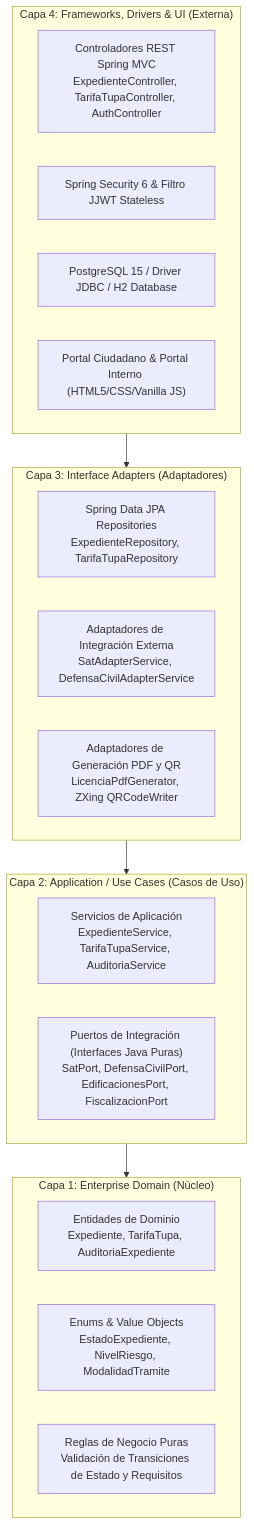
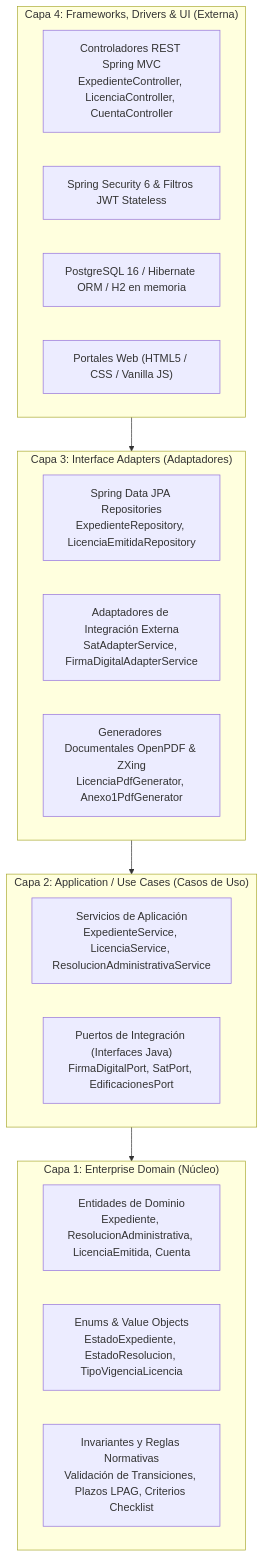
The first of 2 diagrams in docs/arquitectura/enfoque-arquitectonico.md (Issirc20/MuniHuamanga), drawn with Mermaid before and after one commit. The commit also changed other lines of this file and 4 other files, not shown here.

Commit message:
docs(architecture): consolidar estilo enfoque C4 y diseno V2

````diff
--- a/docs/arquitectura/enfoque-arquitectonico.md
+++ b/docs/arquitectura/enfoque-arquitectonico.md
@@ -32,30 +28,30 @@
 ```mermaid
 graph TD
     subgraph Capa4 ["Capa 4: Frameworks, Drivers & UI (Externa)"]
-        FW_WEB["Controladores REST Spring MVC<br/>ExpedienteController, TarifaTupaController, AuthController"]
-        FW_SEC["Spring Security 6 & Filtro JJWT Stateless"]
-        FW_DB["PostgreSQL 15 / Driver JDBC / H2 Database"]
-        FW_UI["Portal Ciudadano & Portal Interno (HTML5/CSS/Vanilla JS)"]
+        FW_WEB["Controladores REST Spring MVC<br/>ExpedienteController, LicenciaController, CuentaController"]
+        FW_SEC["Spring Security 6 & Filtros JWT Stateless"]
+        FW_DB["PostgreSQL 16 / Hibernate ORM / H2 en memoria"]
+        FW_UI["Portales Web (HTML5 / CSS / Vanilla JS)"]
     end
 
     subgraph Capa3 ["Capa 3: Interface Adapters (Adaptadores)"]
-        AD_REPO["Spring Data JPA Repositories<br/>ExpedienteRepository, TarifaTupaRepository"]
-        AD_EXT["Adaptadores de Integración Externa<br/>SatAdapterService, DefensaCivilAdapterService"]
-        AD_PDF["Adaptadores de Generación PDF y QR<br/>LicenciaPdfGenerator, ZXing QRCodeWriter"]
+        AD_REPO["Spring Data JPA Repositories<br/>ExpedienteRepository, LicenciaEmitidaRepository"]
+        AD_EXT["Adaptadores de Integración Externa<br/>SatAdapterService, FirmaDigitalAdapterService"]
+        AD_PDF["Generadores Documentales OpenPDF & ZXing<br/>LicenciaPdfGenerator, Anexo1PdfGenerator"]
     end
 
     subgraph Capa2 ["Capa 2: Application / Use Cases (Casos de Uso)"]
-        UC_SRV["Servicios de Aplicación<br/>ExpedienteService, TarifaTupaService, AuditoriaService"]
-        UC_PORTS["Puertos de Integración (Interfaces Java Puras)<br/>SatPort, DefensaCivilPort, EdificacionesPort, FiscalizacionPort"]
+        UC_SRV["Servicios de Aplicación<br/>ExpedienteService, LicenciaService, ResolucionAdministrativaService"]
+        UC_PORTS["Puertos de Integración (Interfaces Java)<br/>FirmaDigitalPort, SatPort, EdificacionesPort"]
     end
 
     subgraph Capa1 ["Capa 1: Enterprise Domain (Núcleo)"]
-        DOM_ENT["Entidades de Dominio<br/>Expediente, TarifaTupa, AuditoriaExpediente"]
-        DOM_ENUM["Enums & Value Objects<br/>EstadoExpediente, NivelRiesgo, ModalidadTramite"]
-        DOM_RULES["Reglas de Negocio Puras<br/>Validación de Transiciones de Estado y Requisitos"]
+        DOM_ENT["Entidades de Dominio<br/>Expediente, ResolucionAdministrativa, LicenciaEmitida, Cuenta"]
+        DOM_ENUM["Enums & Value Objects<br/>EstadoExpediente, EstadoResolucion, TipoVigenciaLicencia"]
+        DOM_RULES["Invariantes y Reglas Normativas<br/>Validación de Transiciones, Plazos LPAG, Criterios Checklist"]
     end
 
     Capa4 --> Capa3
     Capa3 --> Capa2
     Capa2 --> Capa1
 ```
````
